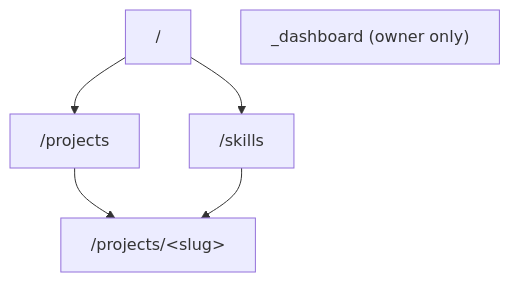
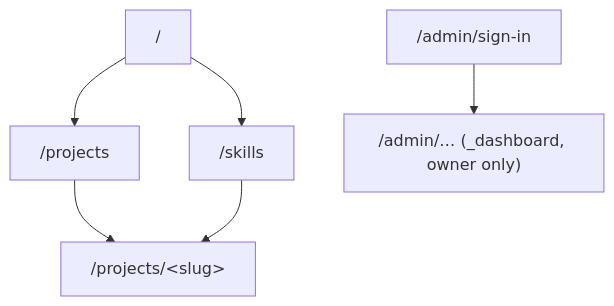
Before and after one commit to wends05/final-portfolio: the first of 3 diagrams in docs/architecture.md, drawn with Mermaid. The commit also changed other lines of this file and 4 other files, not shown here.

````diff
--- a/docs/architecture.md
+++ b/docs/architecture.md
@@ -30,6 +31,6 @@
 ```mermaid
 flowchart TD
     Home["/"] --> Projects["/projects"] --> Detail["/projects/&lt;slug&gt;"]
     Home --> Skills["/skills"] --> Detail
-    Admin["_dashboard (owner only)"]
+    SignIn["/admin/sign-in"] --> Admin["/admin/… (_dashboard, owner only)"]
 ```
````
